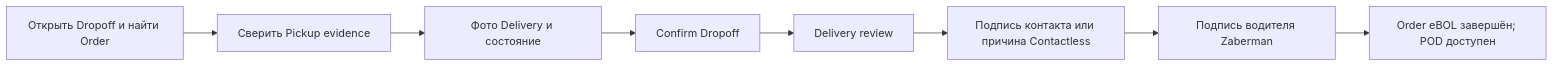
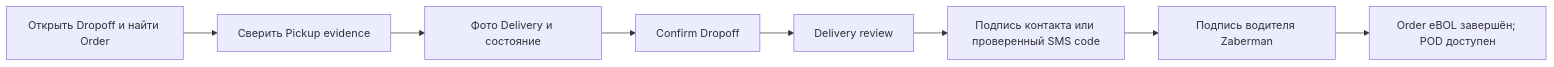
Before and after one commit to yarsuleimenov-code/Mobile_app: the third of 4 diagrams in docs/mobile-app/ru/business-overview.md, drawn with Mermaid. The commit also changed other lines of this file and 50 other files, not shown here.

````diff
--- a/docs/mobile-app/ru/business-overview.md
+++ b/docs/mobile-app/ru/business-overview.md
@@ -60,10 +74,10 @@
 ```mermaid
 flowchart LR
   A["Открыть Dropoff и найти Order"] --> B["Сверить Pickup evidence"]
   B --> C["Фото Delivery и состояние"]
   C --> D["Confirm Dropoff"]
   D --> E["Delivery review"]
-  E --> F["Подпись контакта или причина Contactless"]
+  E --> F["Подпись контакта или проверенный SMS code"]
   F --> G["Подпись водителя Zaberman"]
   G --> H["Order eBOL завершён; POD доступен"]
 ```
````
